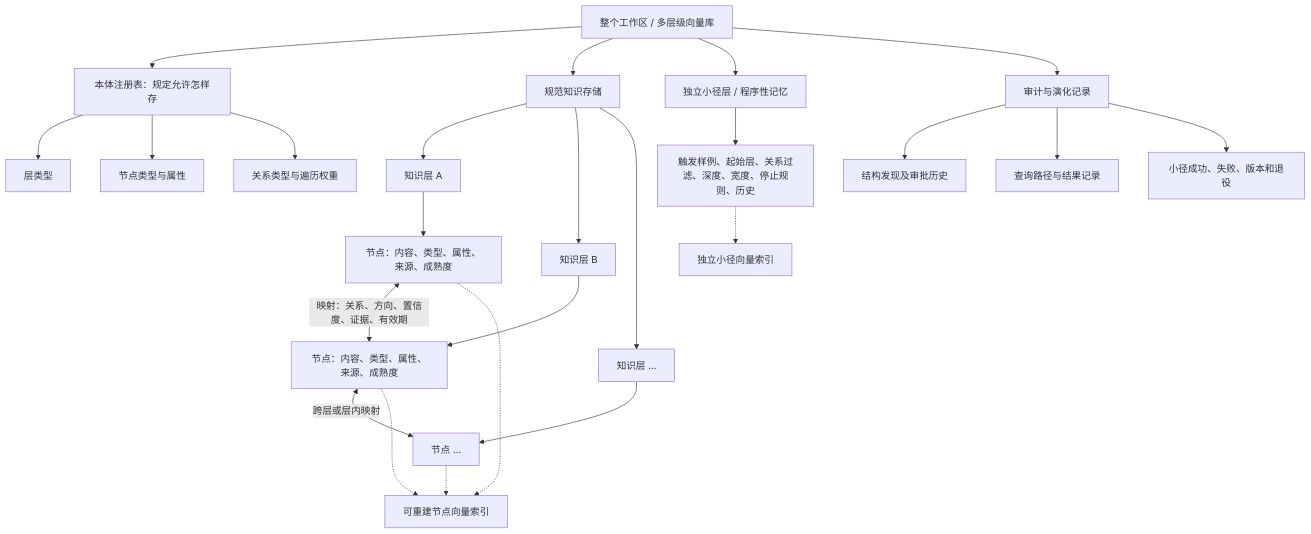
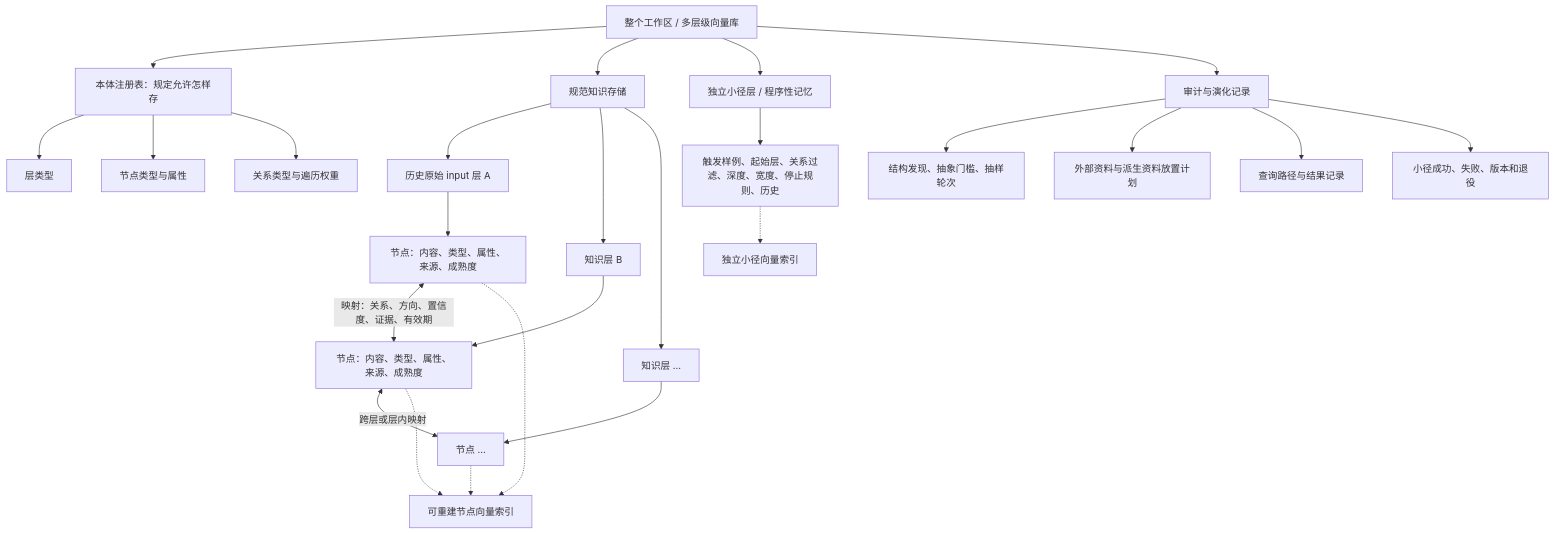
The first of 2 diagrams in README.zh-CN.md (rsb0328/an-essay-concerning-llm-understanding), drawn with Mermaid before and after one commit. The commit also changed other lines of this file and 14 other files, not shown here.

````diff
--- a/README.zh-CN.md
+++ b/README.zh-CN.md
@@ -97,32 +101,33 @@
 ```mermaid
 flowchart TB
     W["整个工作区 / 多层级向量库"]
 
     W --> O["本体注册表：规定允许怎样存"]
     O --> OT1["层类型"]
     O --> OT2["节点类型与属性"]
     O --> OT3["关系类型与遍历权重"]
 
     W --> K["规范知识存储"]
-    K --> L1["知识层 A"]
+    K --> L1["历史原始 input 层 A"]
     K --> L2["知识层 B"]
     K --> LN["知识层 …"]
     L1 --> N1["节点：内容、类型、属性、来源、成熟度"]
     L2 --> N2["节点：内容、类型、属性、来源、成熟度"]
     LN --> NN["节点 …"]
     N1 <-->|"映射：关系、方向、置信度、证据、有效期"| N2
     N2 <-->|"跨层或层内映射"| NN
 
     W --> P["独立小径层 / 程序性记忆"]
     P --> PR["触发样例、起始层、关系过滤、深度、宽度、停止规则、历史"]
 
     W --> A["审计与演化记录"]
-    A --> A1["结构发现及审批历史"]
+    A --> A1["结构发现、抽象门槛、抽样轮次"]
+    A --> A4["外部资料与派生资料放置计划"]
     A --> A2["查询路径与结果记录"]
     A --> A3["小径成功、失败、版本和退役"]
 
     N1 -.-> VI["可重建节点向量索引"]
     N2 -.-> VI
     NN -.-> VI
     PR -.-> SI["独立小径向量索引"]
 ```
````
